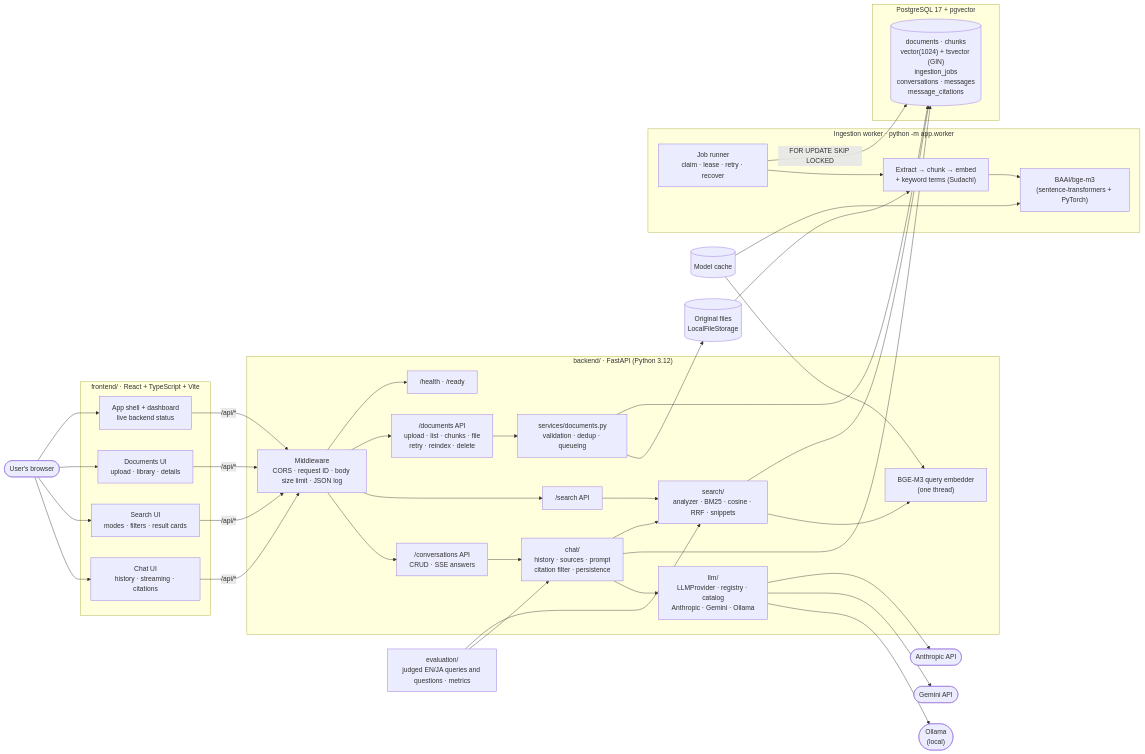
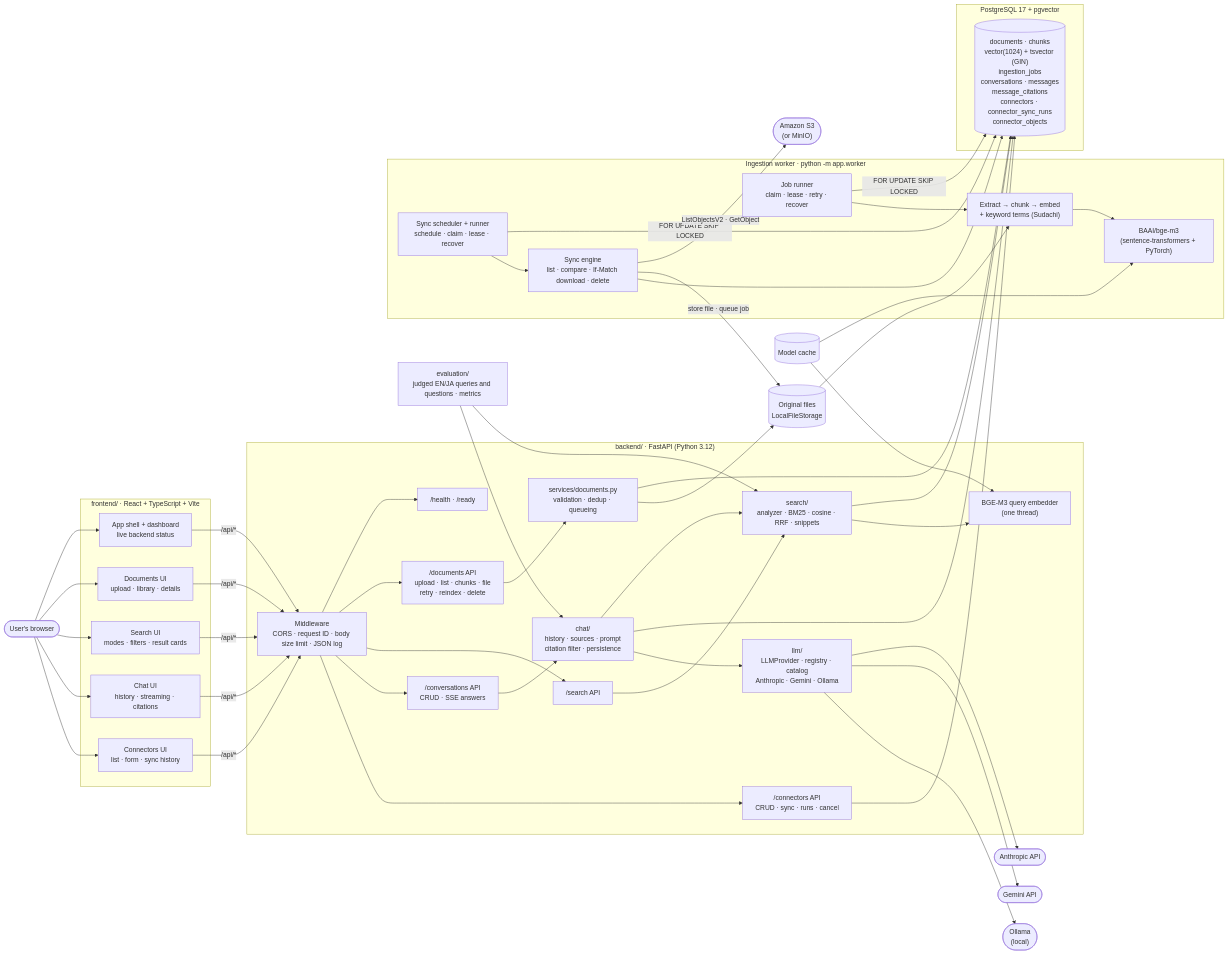
Before and after one commit to Yash01Negi/docs-rag-platform: the first of 2 diagrams in docs/architecture.md, drawn with Mermaid. The commit also changed other lines of this file and 8 other files, not shown here.

First line of the commit message:
Document S3 connectors: setup, IAM policy, API, smoke tests and ADR 0011

````diff
--- a/docs/architecture.md
+++ b/docs/architecture.md
@@ -11,67 +12,79 @@
 ```mermaid
 flowchart LR
     user([User's browser])
 
     subgraph frontend["frontend/ · React + TypeScript + Vite"]
         shell["App shell + dashboard<br/>live backend status"]
         docsui["Documents UI<br/>upload · library · details"]
         searchui["Search UI<br/>modes · filters · result cards"]
         chatui["Chat UI<br/>history · streaming · citations"]
+        connui["Connectors UI<br/>list · form · sync history"]
     end
 
     subgraph backend["backend/ · FastAPI (Python 3.12)"]
         mw["Middleware<br/>CORS · request ID · body size limit · JSON log"]
         health["/health · /ready"]
         docsapi["/documents API<br/>upload · list · chunks · file<br/>retry · reindex · delete"]
         svc["services/documents.py<br/>validation · dedup · queueing"]
         searchapi["/search API"]
         search["search/<br/>analyzer · BM25 · cosine · RRF · snippets"]
         qmodel["BGE-M3 query embedder<br/>(one thread)"]
         chatapi["/conversations API<br/>CRUD · SSE answers"]
         chat["chat/<br/>history · sources · prompt<br/>citation filter · persistence"]
         llmp["llm/<br/>LLMProvider · registry · catalog<br/>Anthropic · Gemini · Ollama"]
+        connapi["/connectors API<br/>CRUD · sync · runs · cancel"]
     end
 
     subgraph workerp["Ingestion worker · python -m app.worker"]
         runner["Job runner<br/>claim · lease · retry · recover"]
         pipe["Extract → chunk → embed<br/>+ keyword terms (Sudachi)"]
         model["BAAI/bge-m3<br/>(sentence-transformers + PyTorch)"]
+        syncr["Sync scheduler + runner<br/>schedule · claim · lease · recover"]
+        engine["Sync engine<br/>list · compare · If-Match download · delete"]
     end
 
     subgraph data["PostgreSQL 17 + pgvector"]
-        pg[("documents · chunks<br/>vector(1024) + tsvector (GIN)<br/>ingestion_jobs<br/>conversations · messages<br/>message_citations")]
+        pg[("documents · chunks<br/>vector(1024) + tsvector (GIN)<br/>ingestion_jobs<br/>conversations · messages<br/>message_citations<br/>connectors · connector_sync_runs<br/>connector_objects")]
     end
 
     files[("Original files<br/>LocalFileStorage")]
     cache[("Model cache")]
 
     evalh["evaluation/<br/>judged EN/JA queries and questions · metrics"]
     anthropic(["Anthropic API"])
     gemini(["Gemini API"])
     ollama(["Ollama<br/>(local)"])
+    s3(["Amazon S3<br/>(or MinIO)"])
 
     user --> shell
     user --> docsui
     user --> searchui
     user --> chatui
-    shell & docsui & searchui & chatui -- "/api/*" --> mw
-    mw --> health & docsapi & searchapi & chatapi
+    user --> connui
+    shell & docsui & searchui & chatui & connui -- "/api/*" --> mw
+    mw --> health & docsapi & searchapi & chatapi & connapi
+    connapi --> pg
+    syncr -- "FOR UPDATE SKIP LOCKED" --> pg
+    syncr --> engine
+    engine -- "ListObjectsV2 · GetObject" --> s3
+    engine -- "store file · queue job" --> files
+    engine --> pg
     chatapi --> chat
     chat --> search
     chat --> pg
     chat --> llmp
     llmp --> anthropic & gemini & ollama
     searchapi --> search --> pg
     search --> qmodel
     cache --> qmodel
     docsapi --> svc
     svc --> pg
     svc --> files
     runner -- "FOR UPDATE SKIP LOCKED" --> pg
     runner --> pipe --> model
     files --> pipe
     cache --> model
 
     evalh --> search
     evalh --> chat
 ```
````
